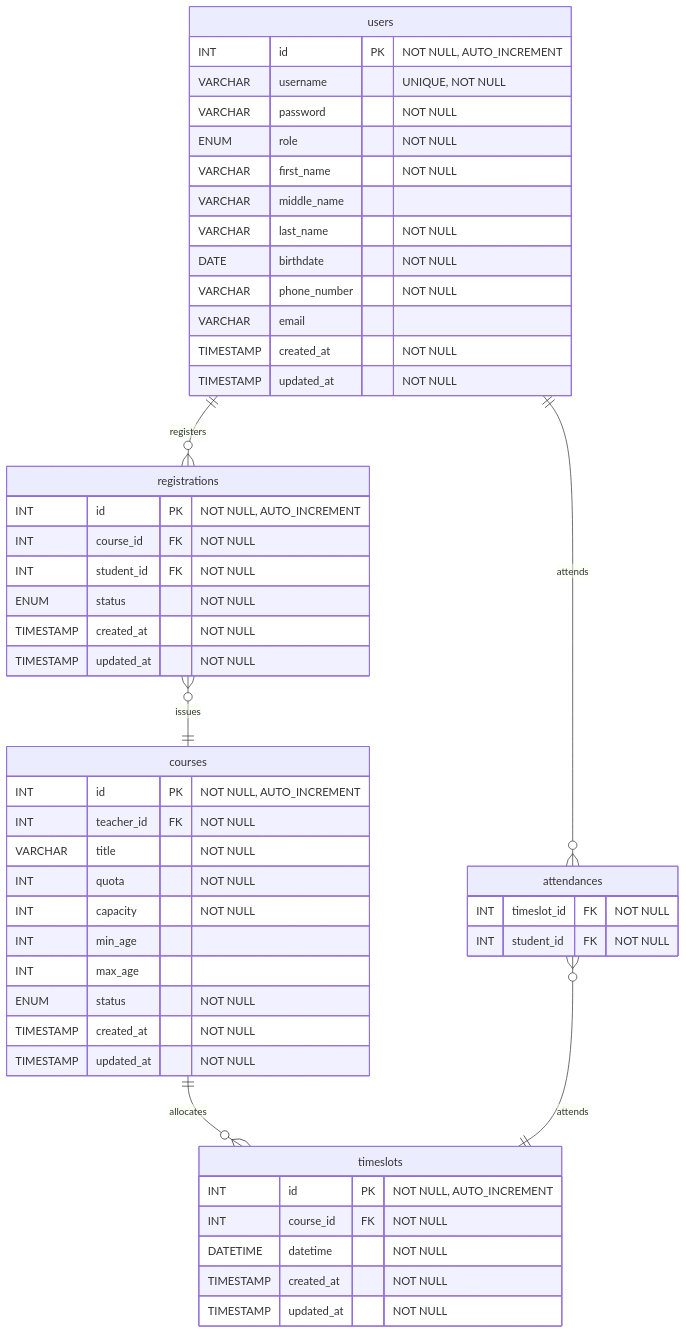
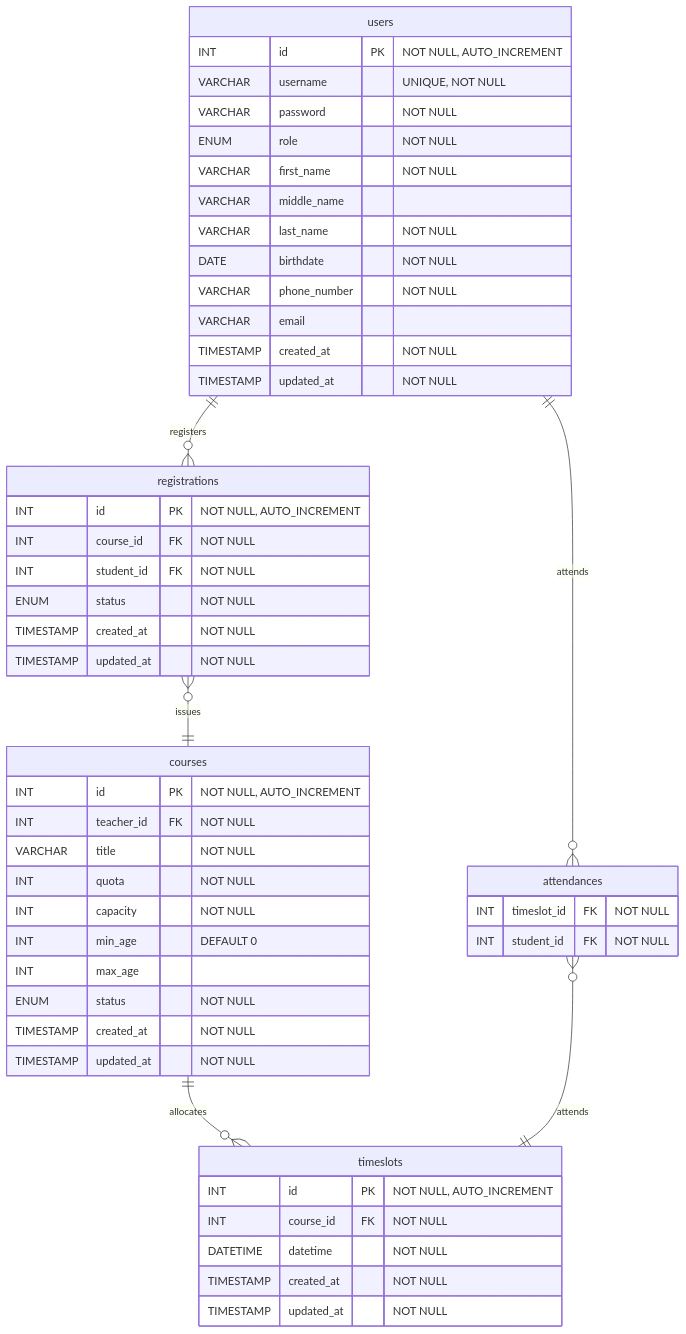
Before and after one commit to SaluteKevin/AQkid: the diagram in Design/er.md, drawn with Mermaid.

Commit message:
Update ER diagram

````diff
--- a/Design/er.md
+++ b/Design/er.md
@@ -3,59 +3,59 @@
 ```mermaid
 erDiagram
     users {
         INT id PK "NOT NULL, AUTO_INCREMENT"
         VARCHAR username "UNIQUE, NOT NULL"
         VARCHAR password "NOT NULL"
         ENUM role "NOT NULL"
         VARCHAR first_name "NOT NULL"
         VARCHAR middle_name
         VARCHAR last_name "NOT NULL"
         DATE birthdate "NOT NULL"
         VARCHAR phone_number "NOT NULL"
         VARCHAR email
         TIMESTAMP created_at "NOT NULL"
         TIMESTAMP updated_at "NOT NULL"
     }
 
     courses {
         INT id PK "NOT NULL, AUTO_INCREMENT"
         INT teacher_id FK "NOT NULL"
         VARCHAR title "NOT NULL"
         INT quota "NOT NULL"
         INT capacity "NOT NULL"
-        INT min_age
+        INT min_age "DEFAULT 0"
         INT max_age
         ENUM status "NOT NULL"
         TIMESTAMP created_at "NOT NULL"
         TIMESTAMP updated_at "NOT NULL"
     }
 
     registrations {
         INT id PK "NOT NULL, AUTO_INCREMENT"
         INT course_id FK "NOT NULL"
         INT student_id FK "NOT NULL"
         ENUM status "NOT NULL"
         TIMESTAMP created_at "NOT NULL"
         TIMESTAMP updated_at "NOT NULL"
     }
 
     timeslots {
         INT id PK "NOT NULL, AUTO_INCREMENT"
         INT course_id FK "NOT NULL"
         DATETIME datetime "NOT NULL"
         TIMESTAMP created_at "NOT NULL"
         TIMESTAMP updated_at "NOT NULL"
     }
 
     attendances {
         INT timeslot_id FK "NOT NULL"
         INT student_id FK "NOT NULL"
     }
 
     users ||--o{ registrations : registers
     registrations }o--|| courses : issues
 
     courses ||--o{ timeslots : allocates
     users ||--o{ attendances  : attends
     attendances }o--|| timeslots : attends
 ```
````
